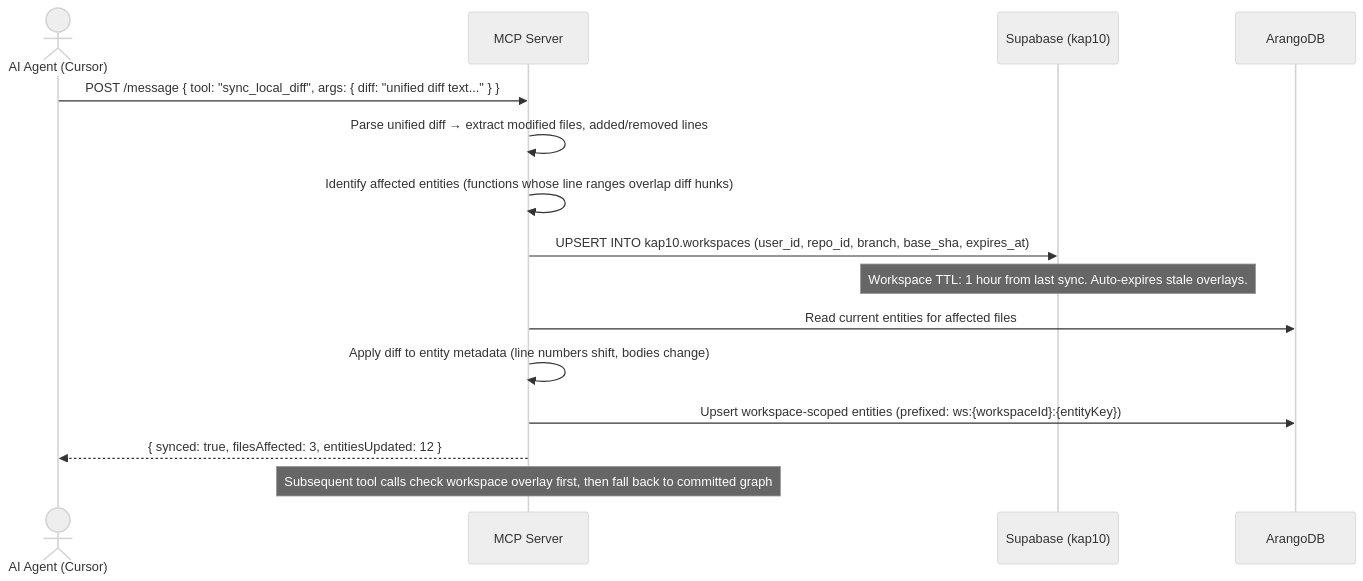
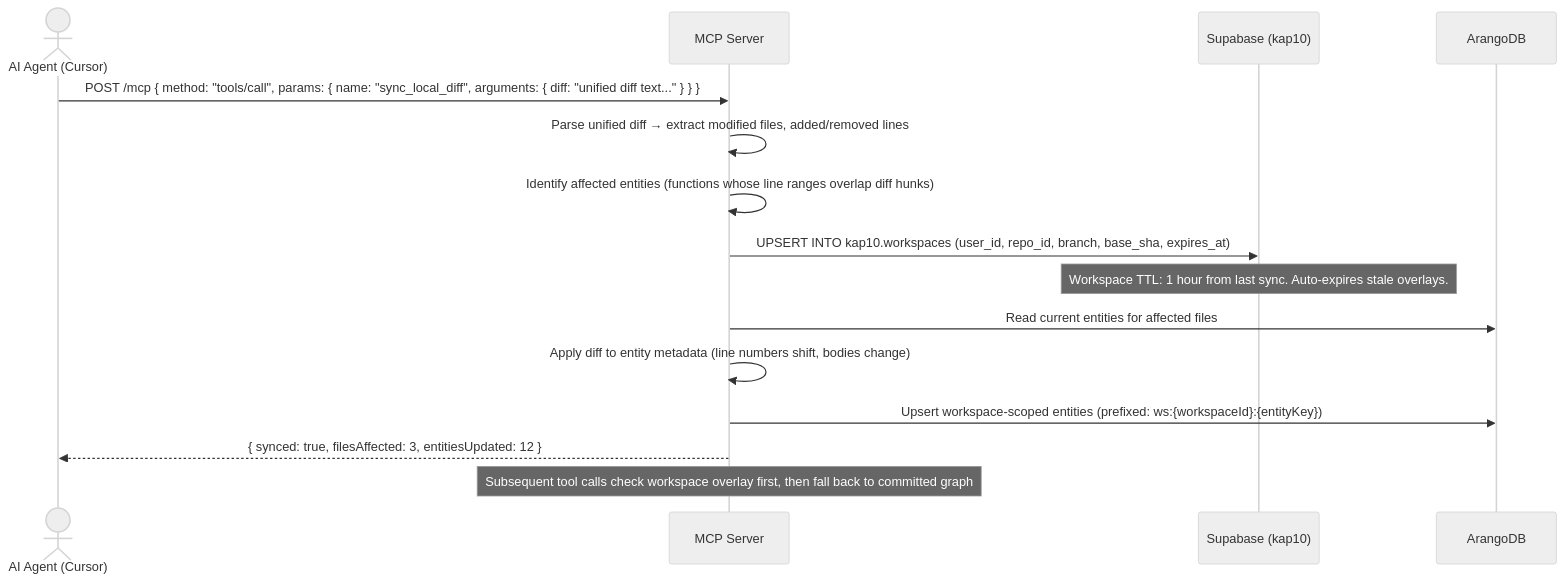
The fifth of 5 diagrams in docs/architecture/PHASE_2_HOSTED_MCP_SERVER.md (AutoRail-AI/kap10-server), drawn with Mermaid (neutral theme) before and after one commit. The commit also changed other lines of this file and 62 other files, not shown here.

````diff
--- a/docs/architecture/PHASE_2_HOSTED_MCP_SERVER.md
+++ b/docs/architecture/PHASE_2_HOSTED_MCP_SERVER.md
@@ -263,23 +403,23 @@
 ```mermaid
 sequenceDiagram
     actor Agent as AI Agent (Cursor)
     participant MCP as MCP Server
     participant Supabase as Supabase (kap10)
     participant ArangoDB
 
-    Agent->>MCP: POST /message { tool: "sync_local_diff", args: { diff: "unified diff text..." } }
+    Agent->>MCP: POST /mcp { method: "tools/call", params: { name: "sync_local_diff", arguments: { diff: "unified diff text..." } } }
 
     MCP->>MCP: Parse unified diff → extract modified files, added/removed lines
     MCP->>MCP: Identify affected entities (functions whose line ranges overlap diff hunks)
 
     MCP->>Supabase: UPSERT INTO kap10.workspaces (user_id, repo_id, branch, base_sha, expires_at)
     Note over Supabase: Workspace TTL: 1 hour from last sync. Auto-expires stale overlays.
 
     MCP->>ArangoDB: Read current entities for affected files
     MCP->>MCP: Apply diff to entity metadata (line numbers shift, bodies change)
     MCP->>ArangoDB: Upsert workspace-scoped entities (prefixed: ws:{workspaceId}:{entityKey})
 
     MCP-->>Agent: { synced: true, filesAffected: 3, entitiesUpdated: 12 }
 
     Note over MCP: Subsequent tool calls check workspace overlay first, then fall back to committed graph
 ```
````
